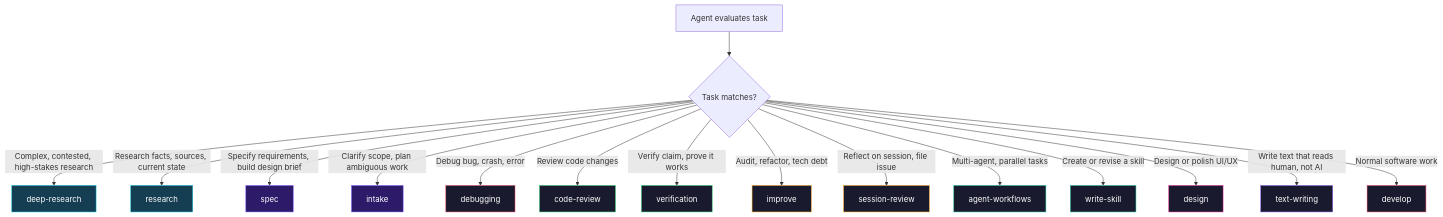
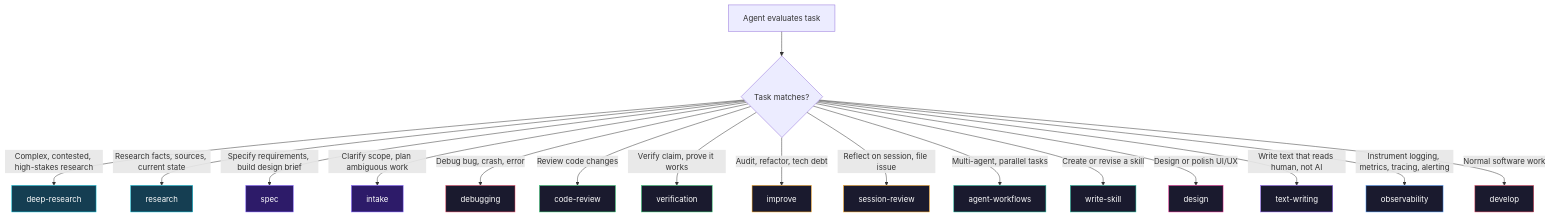
Before and after one commit to MarkBovee/agent-skills-kit: the second of 2 diagrams in README.md, drawn with Mermaid. The commit also changed other lines of this file and 14 other files, not shown here.

````diff
--- a/README.md
+++ b/README.md
@@ -383,33 +384,35 @@
 ```mermaid
 flowchart TD
     A[Agent evaluates task] --> B{Task matches?}
     B -->|Complex, contested, high-stakes research| DR[deep-research]
     B -->|Research facts, sources, current state| RS[research]
     B -->|Specify requirements, build design brief| S[spec]
     B -->|Clarify scope, plan ambiguous work| I[intake]
     B -->|Debug bug, crash, error| D[debugging]
     B -->|Review code changes| CR[code-review]
     B -->|Verify claim, prove it works| V[verification]
     B -->|Audit, refactor, tech debt| R[improve]
     B -->|Reflect on session, file issue| G[session-review]
     B -->|Multi-agent, parallel tasks| A2[agent-workflows]
     B -->|Create or revise a skill| W[write-skill]
     B -->|Design or polish UI/UX| U[design]
     B -->|Write text that reads human, not AI| T[text-writing]
+    B -->|Instrument logging, metrics, tracing, alerting| OB[observability]
     B -->|Normal software work| DE[develop]
 
     style DR fill:#153e52,stroke:#00bcd4,color:#fff
     style RS fill:#153e52,stroke:#00bcd4,color:#fff
     style S fill:#2d1b69,stroke:#7C5CFF,color:#fff
     style I fill:#2d1b69,stroke:#7C5CFF,color:#fff
     style D fill:#1a1a2e,stroke:#e94560,color:#fff
     style DE fill:#1a1a2e,stroke:#e94560,color:#fff
     style CR fill:#1a1a2e,stroke:#2ecc71,color:#fff
     style V fill:#1a1a2e,stroke:#2ecc71,color:#fff
     style R fill:#1a1a2e,stroke:#f39c12,color:#fff
     style G fill:#1a1a2e,stroke:#f39c12,color:#fff
     style A2 fill:#1a1a2e,stroke:#1abc9c,color:#fff
     style W fill:#1a1a2e,stroke:#1abc9c,color:#fff
     style U fill:#1a1a2e,stroke:#e91e8c,color:#fff
     style T fill:#1a1a2e,stroke:#8b5cf6,color:#fff
+    style OB fill:#1a1a2e,stroke:#4c9aff,color:#fff
 ```
````
